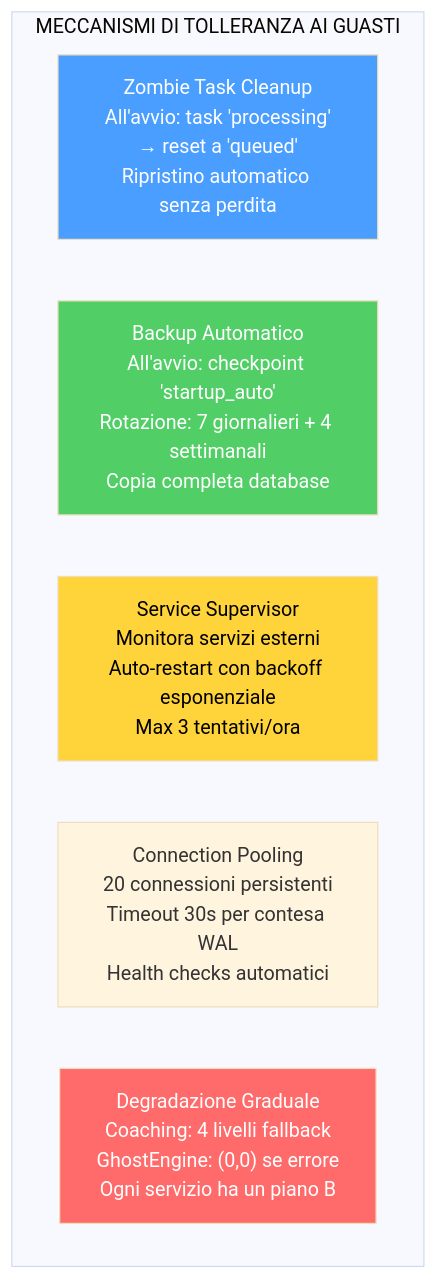
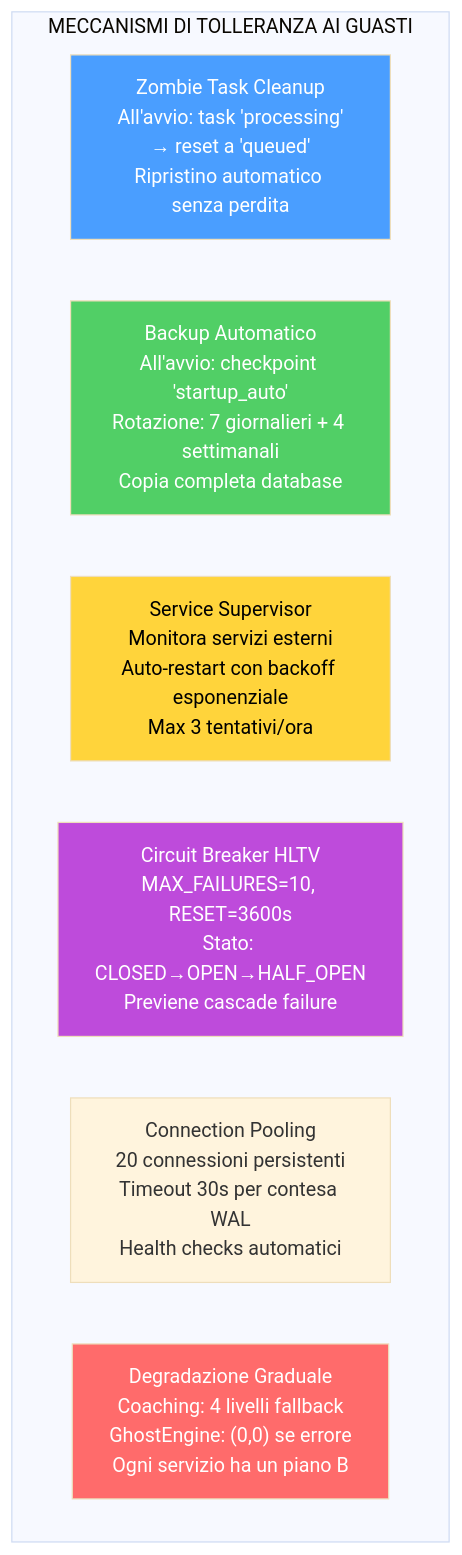
One commit to renanaugustomacena-ux/Counter-Strike-coach-AI changed diagram 23 of 30 in docs/AI-cs2-coach-part3.md. Above: the diagram before and after it, drawn with Mermaid (base theme). The commit also changed other lines of this file and 158 other files, not shown here.

````diff
--- a/docs/AI-cs2-coach-part3.md
+++ b/docs/AI-cs2-coach-part3.md
@@ -848,15 +926,17 @@
 ```mermaid
 flowchart TB
     subgraph RECOVERY["MECCANISMI DI TOLLERANZA AI GUASTI"]
         ZTC["Zombie Task Cleanup<br/>All'avvio: task 'processing'<br/>→ reset a 'queued'<br/>Ripristino automatico senza perdita"]
         BAK["Backup Automatico<br/>All'avvio: checkpoint 'startup_auto'<br/>Rotazione: 7 giornalieri + 4 settimanali<br/>Copia completa database"]
         SUP["Service Supervisor<br/>Monitora servizi esterni<br/>Auto-restart con backoff esponenziale<br/>Max 3 tentativi/ora"]
+        CB["Circuit Breaker HLTV<br/>MAX_FAILURES=10, RESET=3600s<br/>Stato: CLOSED→OPEN→HALF_OPEN<br/>Previene cascade failure"]
         POOL["Connection Pooling<br/>20 connessioni persistenti<br/>Timeout 30s per contesa WAL<br/>Health checks automatici"]
         GRACE["Degradazione Graduale<br/>Coaching: 4 livelli fallback<br/>GhostEngine: (0,0) se errore<br/>Ogni servizio ha un piano B"]
     end
 
     style ZTC fill:#4a9eff,color:#fff
     style BAK fill:#51cf66,color:#fff
     style SUP fill:#ffd43b,color:#000
+    style CB fill:#be4bdb,color:#fff
     style GRACE fill:#ff6b6b,color:#fff
 ```
````
